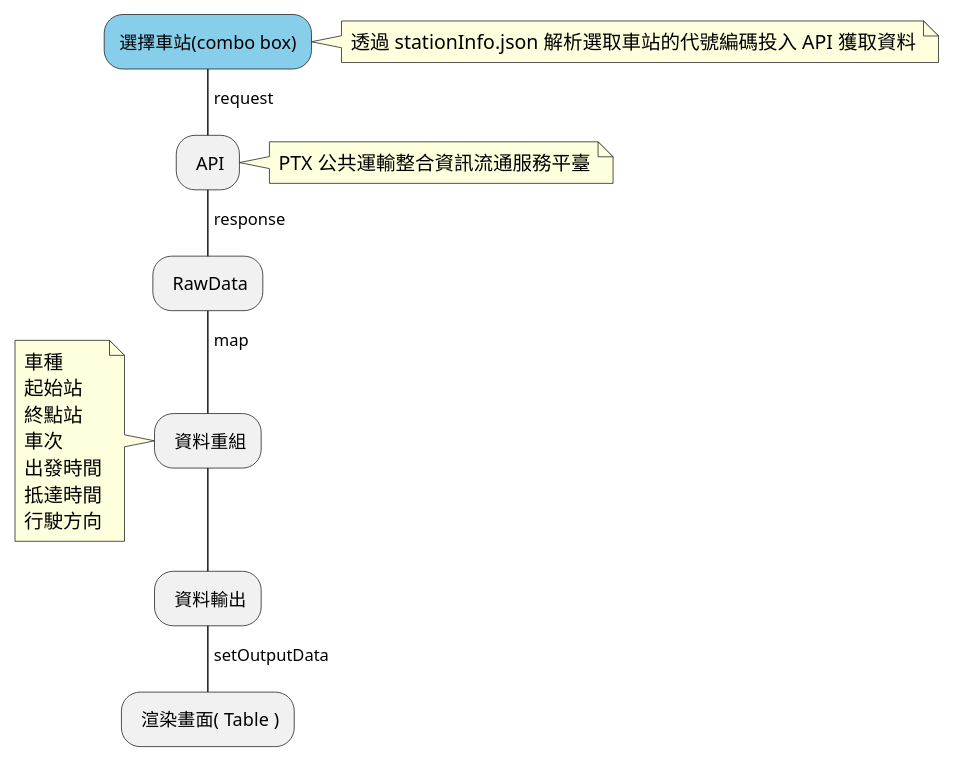
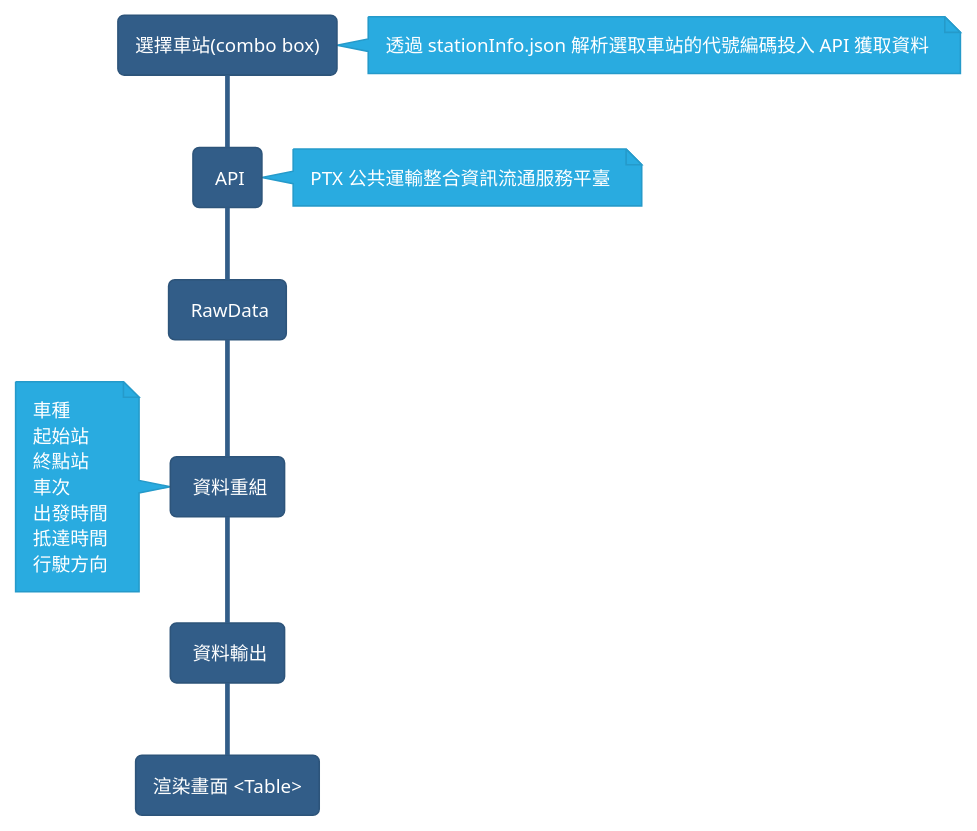
One commit to pakerchang/bus-train-status changed the diagram in src/UML/DataFlow.plantuml. Above: the diagram before and after it, drawn with PlantUML. The commit also changed 8 other files, not shown here.

```diff
--- a/src/UML/DataFlow.plantuml
+++ b/src/UML/DataFlow.plantuml
@@ -1,26 +1,26 @@
-@startuml 基本架構
+@startuml 基礎架構
+!theme sandstone
 skinparam ArrowHeadColor none
 
-#SkyBlue:選擇車站(combo box);
+:選擇車站(combo box);
 note right: 透過 stationInfo.json 解析選取車站的代號編碼投入 API 獲取資料
 -> request;
 - API
 note right: PTX 公共運輸整合資訊流通服務平臺
 -> response;
 - RawData
 -> map;
 - 資料重組
 note left
 車種
 起始站
 終點站
 車次
 出發時間
 抵達時間
 行駛方向
 end note
 - 資料輸出
 -> setOutputData;
-- 渲染畫面( Table )
-
+:渲染畫面 <Table>;
 @enduml
```
